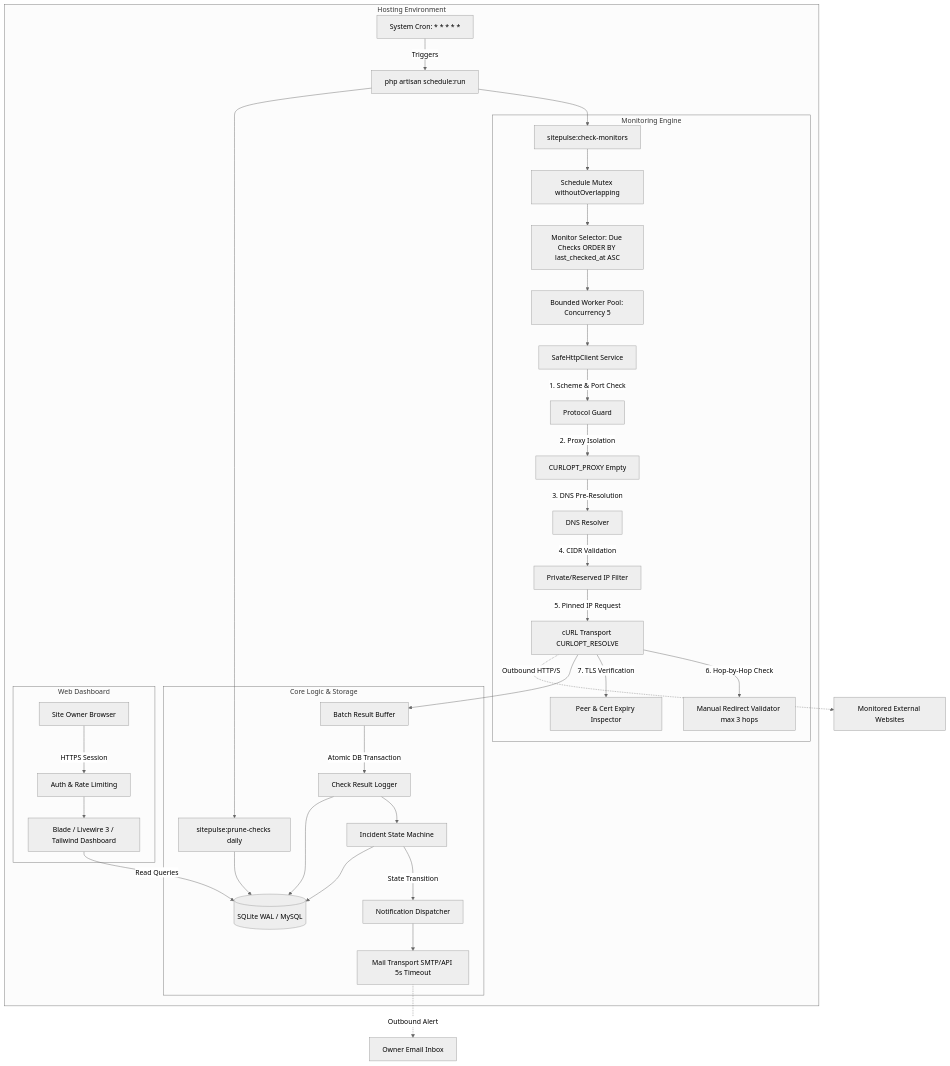
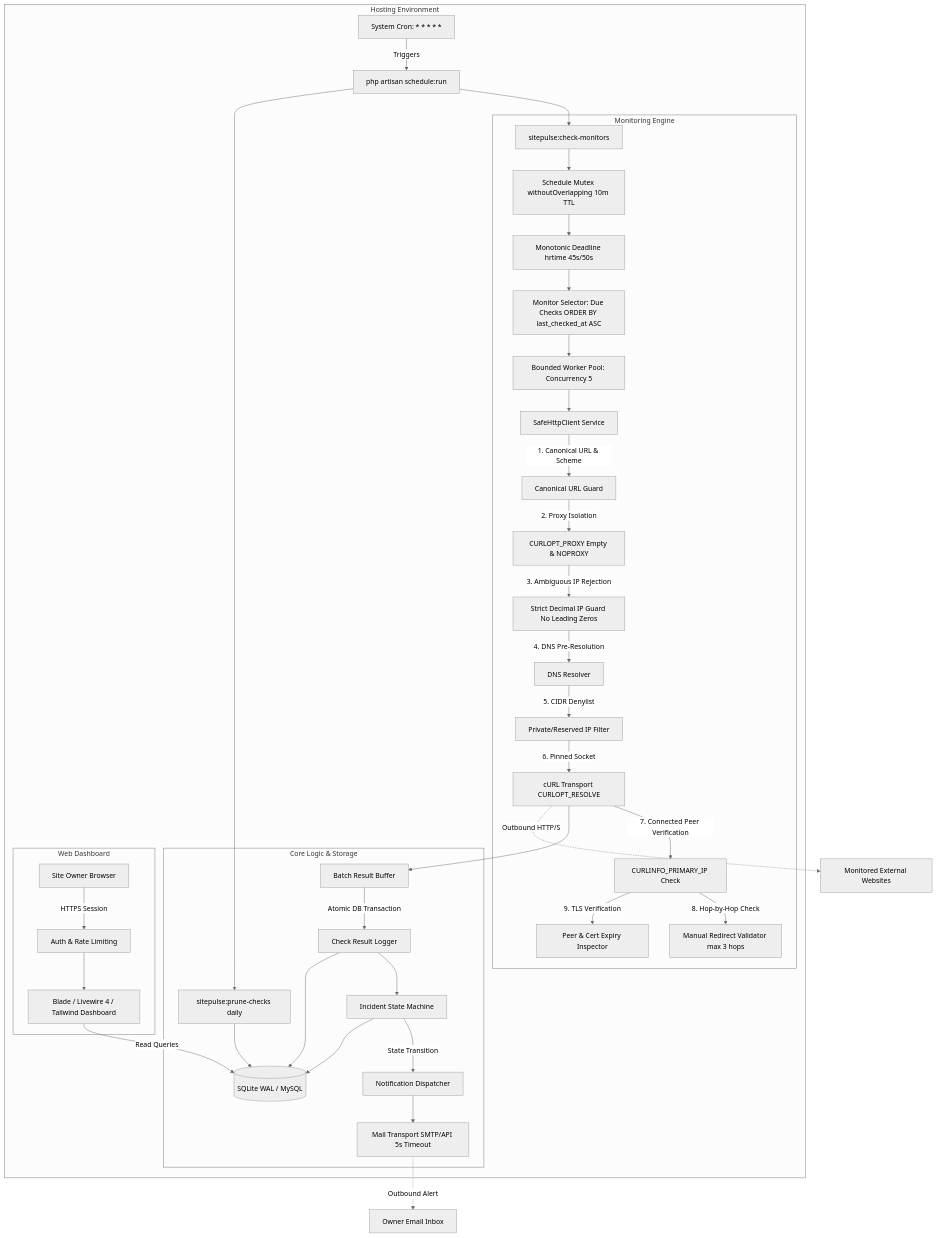
One commit to ayjed/SitePulse changed the first of 2 diagrams in docs/ARCHITECTURE.md. Above: the diagram before and after it, drawn with Mermaid (neutral theme). The commit also changed other lines of this file and 9 other files, not shown here.

Commit message:
docs: initialize phase 00 planning documents and architecture specifications

````diff
--- a/docs/ARCHITECTURE.md
+++ b/docs/ARCHITECTURE.md
@@ -12,43 +12,46 @@
 ```mermaid
 flowchart TD
     subgraph Hosting Environment
         Cron[System Cron: * * * * *] -->|Triggers| ConsoleRunner[php artisan schedule:run]
         ConsoleRunner --> CheckCmd[sitepulse:check-monitors]
         ConsoleRunner --> PruneCmd[sitepulse:prune-checks daily]
         
         subgraph Monitoring Engine
-            CheckCmd --> Mutex[Schedule Mutex withoutOverlapping]
-            Mutex --> Selector[Monitor Selector: Due Checks ORDER BY last_checked_at ASC]
+            CheckCmd --> Mutex[Schedule Mutex withoutOverlapping 10m TTL]
+            Mutex --> Timer[Monotonic Deadline hrtime 45s/50s]
+            Timer --> Selector[Monitor Selector: Due Checks ORDER BY last_checked_at ASC]
             Selector --> Pool[Bounded Worker Pool: Concurrency 5]
             Pool --> SafeClient[SafeHttpClient Service]
-            SafeClient -->|1. Scheme & Port Check| Guard1[Protocol Guard]
-            Guard1 -->|2. Proxy Isolation| ProxyGuard[CURLOPT_PROXY Empty]
-            ProxyGuard -->|3. DNS Pre-Resolution| DNSResolver[DNS Resolver]
-            DNSResolver -->|4. CIDR Validation| IPFilter[Private/Reserved IP Filter]
-            IPFilter -->|5. Pinned IP Request| Transport[cURL Transport CURLOPT_RESOLVE]
-            Transport -->|6. Hop-by-Hop Check| RedirectMgr[Manual Redirect Validator max 3 hops]
-            Transport -->|7. TLS Verification| TLSGuard[Peer & Cert Expiry Inspector]
+            SafeClient -->|1. Canonical URL & Scheme| Guard1[Canonical URL Guard]
+            Guard1 -->|2. Proxy Isolation| ProxyGuard[CURLOPT_PROXY Empty & NOPROXY]
+            ProxyGuard -->|3. Ambiguous IP Rejection| IPFormat[Strict Decimal IP Guard No Leading Zeros]
+            IPFormat -->|4. DNS Pre-Resolution| DNSResolver[DNS Resolver]
+            DNSResolver -->|5. CIDR Denylist| IPFilter[Private/Reserved IP Filter]
+            IPFilter -->|6. Pinned Socket| Transport[cURL Transport CURLOPT_RESOLVE]
+            Transport -->|7. Connected Peer Verification| PeerCheck[CURLINFO_PRIMARY_IP Check]
+            PeerCheck -->|8. Hop-by-Hop Check| RedirectMgr[Manual Redirect Validator max 3 hops]
+            PeerCheck -->|9. TLS Verification| TLSGuard[Peer & Cert Expiry Inspector]
         end
         
         subgraph Core Logic & Storage
             Transport --> BatchBuffer[Batch Result Buffer]
             BatchBuffer -->|Atomic DB Transaction| CheckLogger[Check Result Logger]
             CheckLogger --> StateMachine[Incident State Machine]
             StateMachine -->|State Transition| Notifier[Notification Dispatcher]
             Notifier --> Mailer[Mail Transport SMTP/API 5s Timeout]
             
             CheckLogger --> DB[(SQLite WAL / MySQL)]
             StateMachine --> DB
             PruneCmd --> DB
         end
         
         subgraph Web Dashboard
             Owner[Site Owner Browser] -->|HTTPS Session| Auth[Auth & Rate Limiting]
-            Auth --> Dashboard[Blade / Livewire 3 / Tailwind Dashboard]
+            Auth --> Dashboard[Blade / Livewire 4 / Tailwind Dashboard]
             Dashboard -->|Read Queries| DB
         end
     end
 
     Transport -.->|Outbound HTTP/S| ExternalSites[Monitored External Websites]
     Mailer -.->|Outbound Alert| OwnerMail[Owner Email Inbox]
 ```
````
